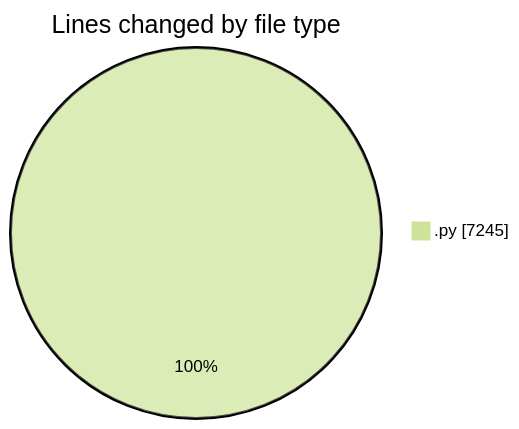
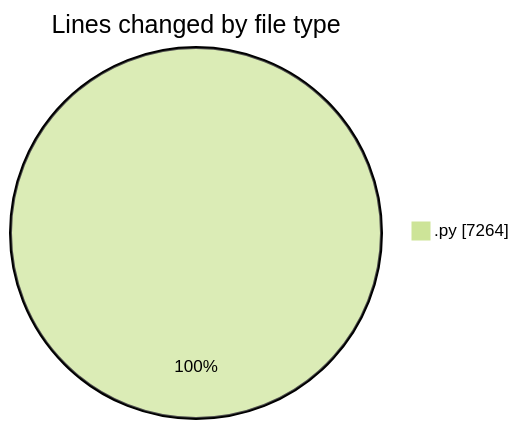
The first of 2 diagrams in 2025-07-14/telebot/README.md (jrari/code-tracking), drawn with Mermaid (forest theme) before and after one commit. The commit also changed other lines of this file and 1 other file, not shown here.

````diff
--- a/2025-07-14/telebot/README.md
+++ b/2025-07-14/telebot/README.md
@@ -29,5 +29,5 @@
 ```mermaid
 pie showData
 title Lines changed by file type
-".py" : 7245
+".py" : 7264
 ```
````
